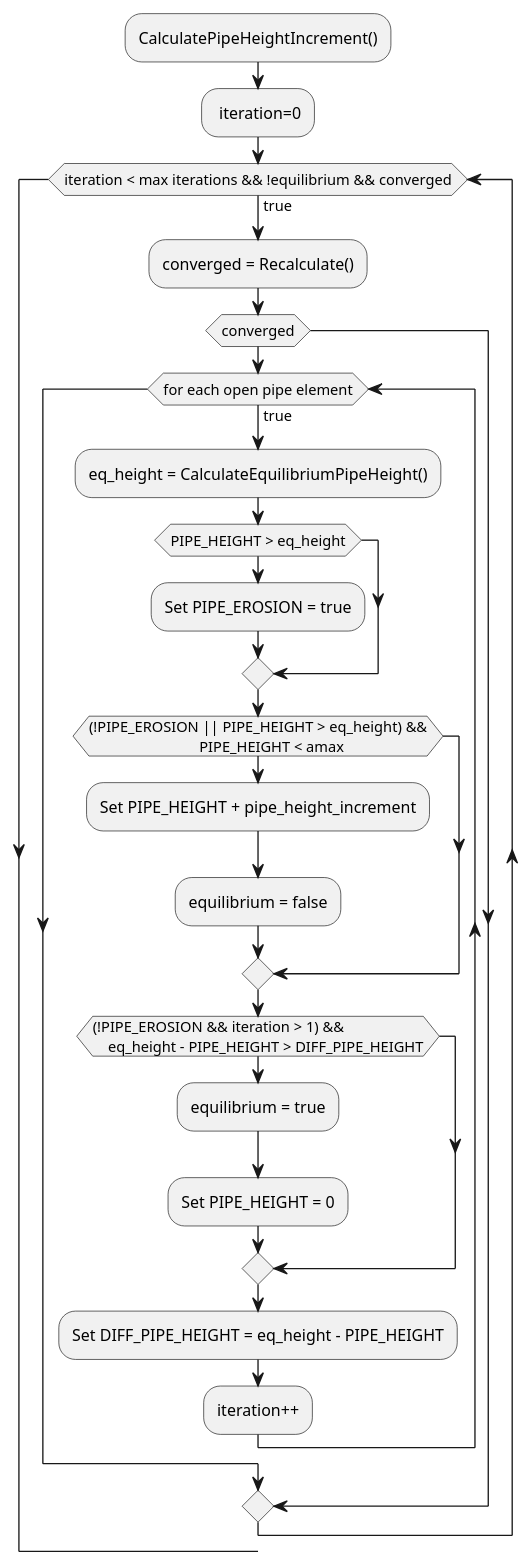
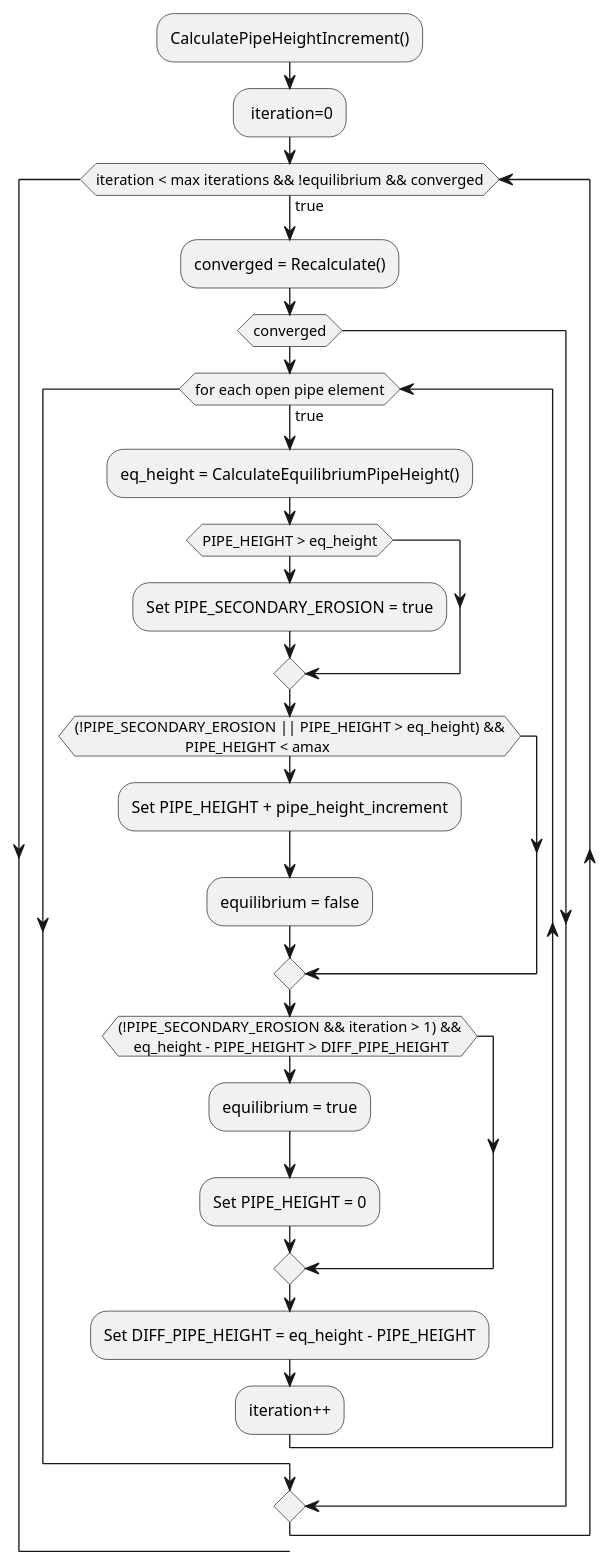
One commit to KratosMultiphysics/Kratos changed the diagram in applications/GeoMechanicsApplication/custom_strategies/strategies/check_pipe_equilibrium.puml. Above: the diagram before and after it, drawn with PlantUML. The commit also changed 13 other files, not shown here.

```diff
--- a/applications/GeoMechanicsApplication/custom_strategies/strategies/check_pipe_equilibrium.puml
+++ b/applications/GeoMechanicsApplication/custom_strategies/strategies/check_pipe_equilibrium.puml
@@ -1,27 +1,27 @@
 @startuml
  :CalculatePipeHeightIncrement();
  : iteration=0;
  while (iteration < max iterations && !equilibrium && converged) is (true)
  :converged = Recalculate();
  if(converged) then
  while(for each open pipe element) is (true)
  :eq_height = CalculateEquilibriumPipeHeight();
  if(PIPE_HEIGHT > eq_height) then
- :Set PIPE_EROSION = true;
+ :Set PIPE_SECONDARY_EROSION = true;
  endif
- if((!PIPE_EROSION || PIPE_HEIGHT > eq_height) &&
+ if((!PIPE_SECONDARY_EROSION || PIPE_HEIGHT > eq_height) &&
                              PIPE_HEIGHT < amax) then
  :Set PIPE_HEIGHT + pipe_height_increment;
  :equilibrium = false;
  endif
- if ((!PIPE_EROSION && iteration > 1) &&
+ if ((!PIPE_SECONDARY_EROSION && iteration > 1) &&
     eq_height - PIPE_HEIGHT > DIFF_PIPE_HEIGHT) then
         :equilibrium = true;
         :Set PIPE_HEIGHT = 0;
  endif
  :Set DIFF_PIPE_HEIGHT = eq_height - PIPE_HEIGHT;
  :iteration++;
  endwhile
  endif
  endwhile
 @enduml
```
